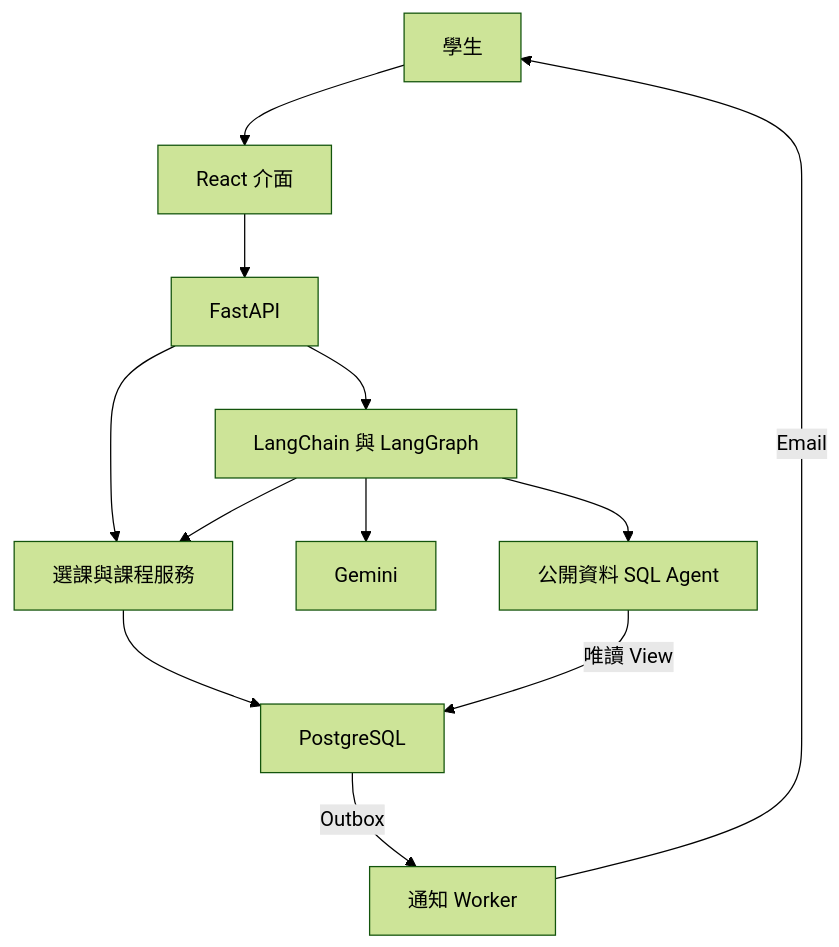
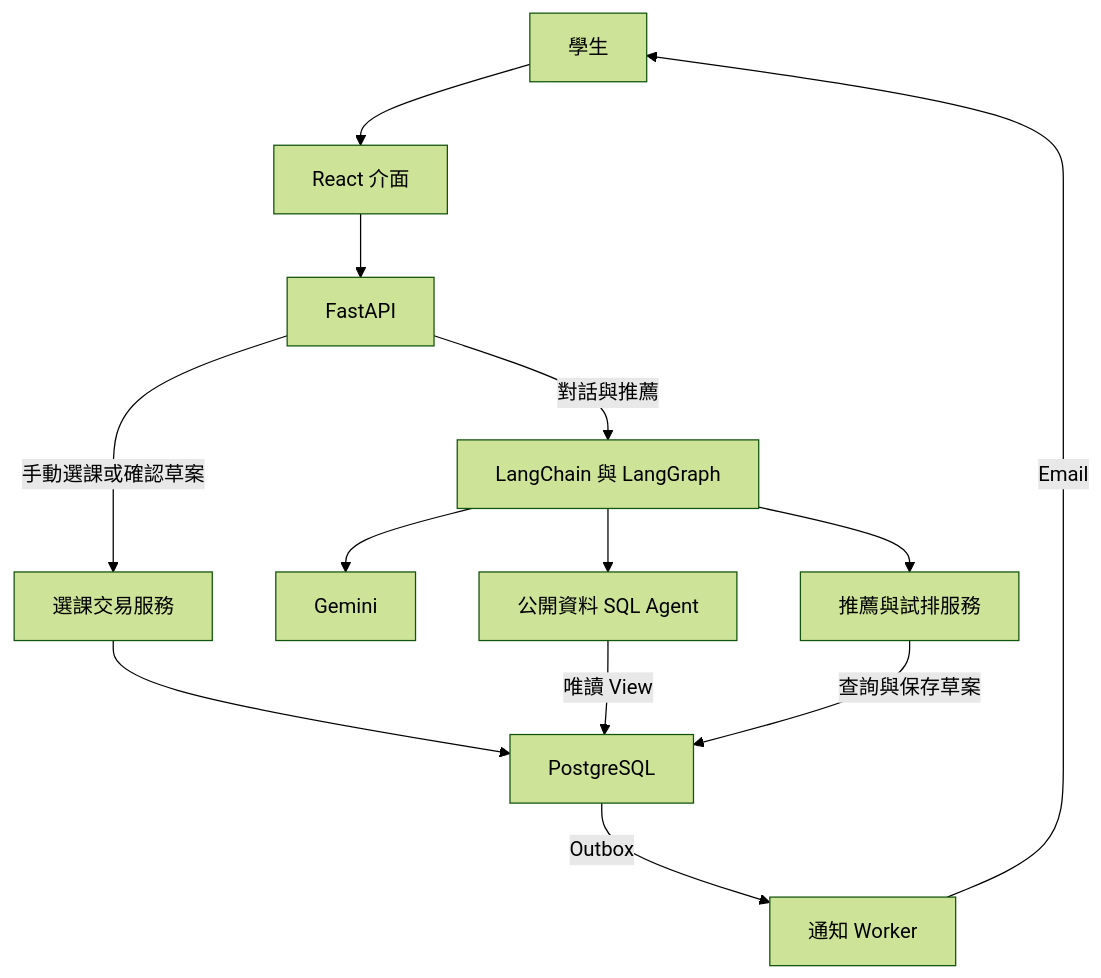
The third of 3 diagrams in Course_Registration_SRS.md (programmerKB/CourseFlow), drawn with Mermaid (forest theme) before and after one commit. The commit also changed other lines of this file and 48 other files, not shown here.

````diff
--- a/Course_Registration_SRS.md
+++ b/Course_Registration_SRS.md
@@ -182,14 +203,15 @@
 ```mermaid
 flowchart TD
     U[學生] --> F[React 介面]
     F --> A[FastAPI]
-    A --> S[選課與課程服務]
-    A --> G[LangChain 與 LangGraph]
+    A -->|對話與推薦| G[LangChain 與 LangGraph]
+    A -->|手動選課或確認草案| S[選課交易服務]
     G --> M[Gemini]
-    G --> S
     G --> Q[公開資料 SQL Agent]
+    G --> R[推薦與試排服務]
     S --> P[PostgreSQL]
     Q -->|唯讀 View| P
+    R -->|查詢與保存草案| P
     P -->|Outbox| W[通知 Worker]
     W -->|Email| U
 ```
````
